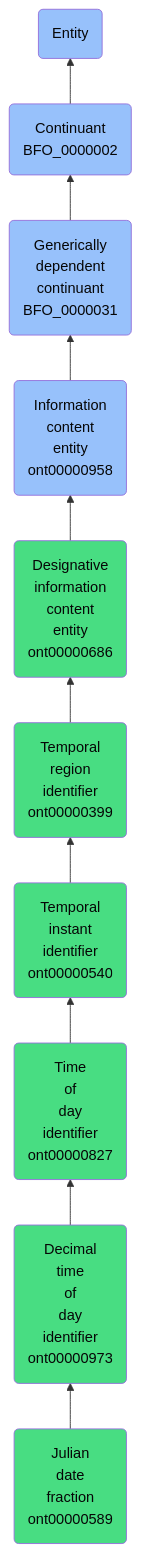
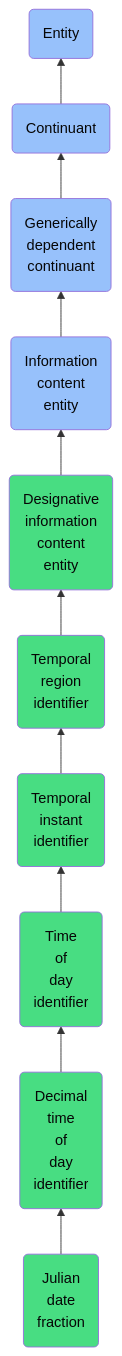
One commit to jupyter-naas/abi changed the diagram in docs/ontology/reference/model/Entity/Continuant/Generically dependent continuant/Information content entity/Designative information content entity/Temporal region identifier/Temporal instant identifier/Time of day identifier/Decimal time of day identifier/Julian date fraction/Julian date fraction.md. Above: the diagram before and after it, drawn with Mermaid. The commit also changed other lines of this file and 1430 other files, not shown here.

````diff
--- a/docs/ontology/reference/model/Entity/Continuant/Generically dependent continuant/Information content entity/Designative information content entity/Temporal region identifier/Temporal instant identifier/Time of day identifier/Decimal time of day identifier/Julian date fraction/Julian date fraction.md
+++ b/docs/ontology/reference/model/Entity/Continuant/Generically dependent continuant/Information content entity/Designative information content entity/Temporal region identifier/Temporal instant identifier/Time of day identifier/Decimal time of day identifier/Julian date fraction/Julian date fraction.md
@@ -25,17 +25,17 @@
 ```mermaid
 graph BT
-    ont00000589(Julian<br>date<br>fraction<br>ont00000589):::ABI-->ont00000973
-    ont00000973(Decimal<br>time<br>of<br>day<br>identifier<br>ont00000973):::ABI-->ont00000827
-    ont00000827(Time<br>of<br>day<br>identifier<br>ont00000827):::ABI-->ont00000540
-    ont00000540(Temporal<br>instant<br>identifier<br>ont00000540):::ABI-->ont00000399
-    ont00000399(Temporal<br>region<br>identifier<br>ont00000399):::ABI-->ont00000686
-    ont00000686(Designative<br>information<br>content<br>entity<br>ont00000686):::ABI-->ont00000958
-    ont00000958(Information<br>content<br>entity<br>ont00000958):::BFO-->BFO_0000031
-    BFO_0000031(Generically<br>dependent<br>continuant<br>BFO_0000031):::BFO-->BFO_0000002
-    BFO_0000002(Continuant<br>BFO_0000002):::BFO-->BFO_0000001
+    ont00000589(Julian<br>date<br>fraction):::ABI-->ont00000973
+    ont00000973(Decimal<br>time<br>of<br>day<br>identifier):::ABI-->ont00000827
+    ont00000827(Time<br>of<br>day<br>identifier):::ABI-->ont00000540
+    ont00000540(Temporal<br>instant<br>identifier):::ABI-->ont00000399
+    ont00000399(Temporal<br>region<br>identifier):::ABI-->ont00000686
+    ont00000686(Designative<br>information<br>content<br>entity):::ABI-->ont00000958
+    ont00000958(Information<br>content<br>entity):::BFO-->BFO_0000031
+    BFO_0000031(Generically<br>dependent<br>continuant):::BFO-->BFO_0000002
+    BFO_0000002(Continuant):::BFO-->BFO_0000001
     BFO_0000001(Entity):::BFO
     
     classDef BFO fill:#97c1fb,color:#060606
     classDef CCO fill:#e4c51e,color:#060606
     classDef ABI fill:#48DD82,color:#060606
 ```
````
